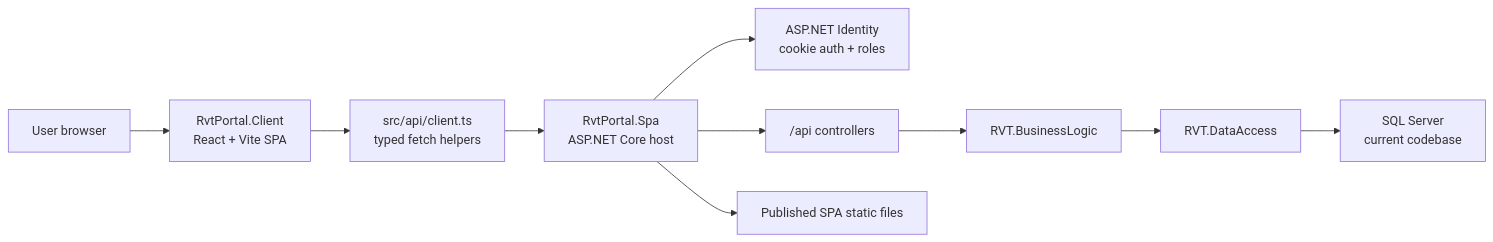
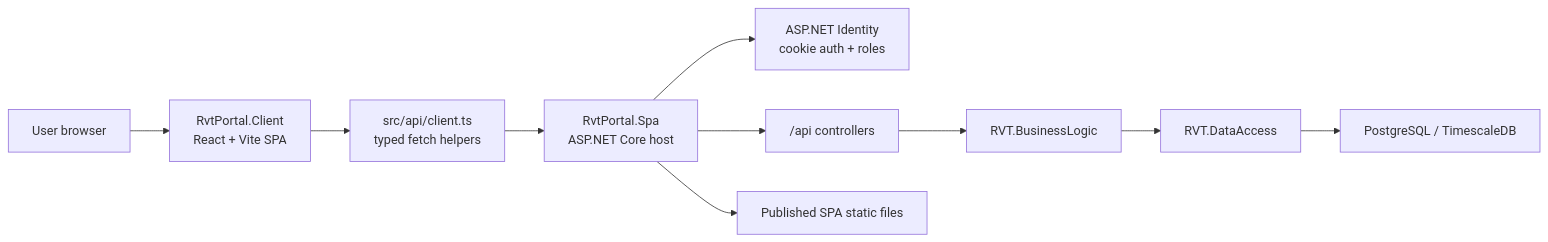
One commit to chris-oldgeorge/rvt-mono changed the diagram in docs/development/portal/onboarding/REACT_PORT_ONBOARDING.md. Above: the diagram before and after it, drawn with Mermaid. The commit also changed other lines of this file and 111 other files, not shown here.

Commit message:
docs: make PostgreSQL the sole database contract

````diff
--- a/docs/development/portal/onboarding/REACT_PORT_ONBOARDING.md
+++ b/docs/development/portal/onboarding/REACT_PORT_ONBOARDING.md
@@ -14,12 +14,12 @@
 ```mermaid
 flowchart LR
     User["User browser"] --> Client["RvtPortal.Client<br/>React + Vite SPA"]
     Client --> ApiClient["src/api/client.ts<br/>typed fetch helpers"]
     ApiClient --> Host["RvtPortal.Spa<br/>ASP.NET Core host"]
     Host --> Auth["ASP.NET Identity<br/>cookie auth + roles"]
     Host --> Controllers["/api controllers"]
     Controllers --> Business["RVT.BusinessLogic"]
     Business --> Data["RVT.DataAccess"]
-    Data --> Db["SQL Server<br/>current codebase"]
+    Data --> Db["PostgreSQL / TimescaleDB"]
     Host --> Static["Published SPA static files"]
 ```
````
